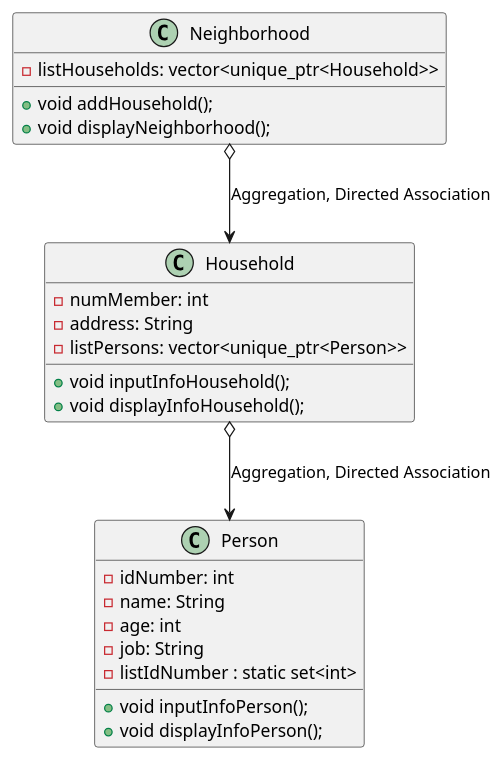
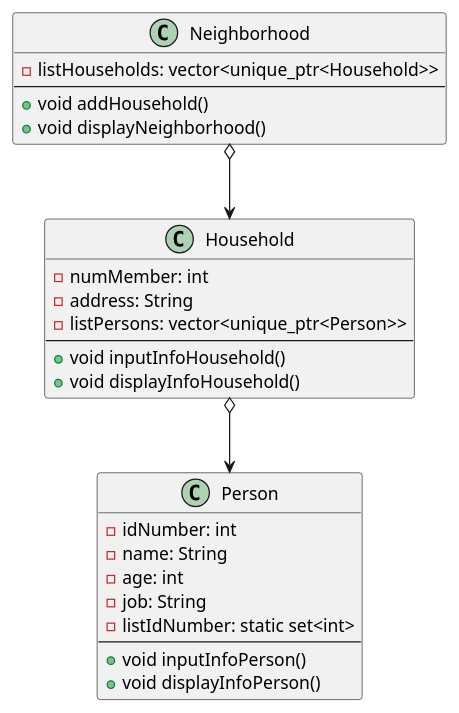
The diagram in .Assigment/OOP/ex4/diagram/diagram.wsd (baobluebird/Basic-C-Cplusplus), drawn with PlantUML before and after one commit. The commit also changed 42 other files, not shown here.

```diff
--- a/.Assigment/OOP/ex4/diagram/diagram.wsd
+++ b/.Assigment/OOP/ex4/diagram/diagram.wsd
@@ -1,30 +1,33 @@
 @startuml
 
 class Person {
     - idNumber: int
     - name: String
     - age: int
     - job: String
-    - listIdNumber : static set<int> 
-    + void inputInfoPerson();
-    + void displayInfoPerson();
+    - listIdNumber: static set<int>
+    --
+    + void inputInfoPerson()
+    + void displayInfoPerson()
 }
 
 class Household {
     - numMember: int
     - address: String
     - listPersons: vector<unique_ptr<Person>>
-    + void inputInfoHousehold();
-    + void displayInfoHousehold();
+    --
+    + void inputInfoHousehold()
+    + void displayInfoHousehold()
 }
 
 class Neighborhood {
     - listHouseholds: vector<unique_ptr<Household>>
-    + void addHousehold();
-    + void displayNeighborhood();
+    --
+    + void addHousehold()
+    + void displayNeighborhood()
 }
 
-Household o--> Person : Aggregation, Directed Association
-Neighborhood o--> Household : Aggregation, Directed Association
+Household o--> Person
+Neighborhood o--> Household
 
 @enduml
```
